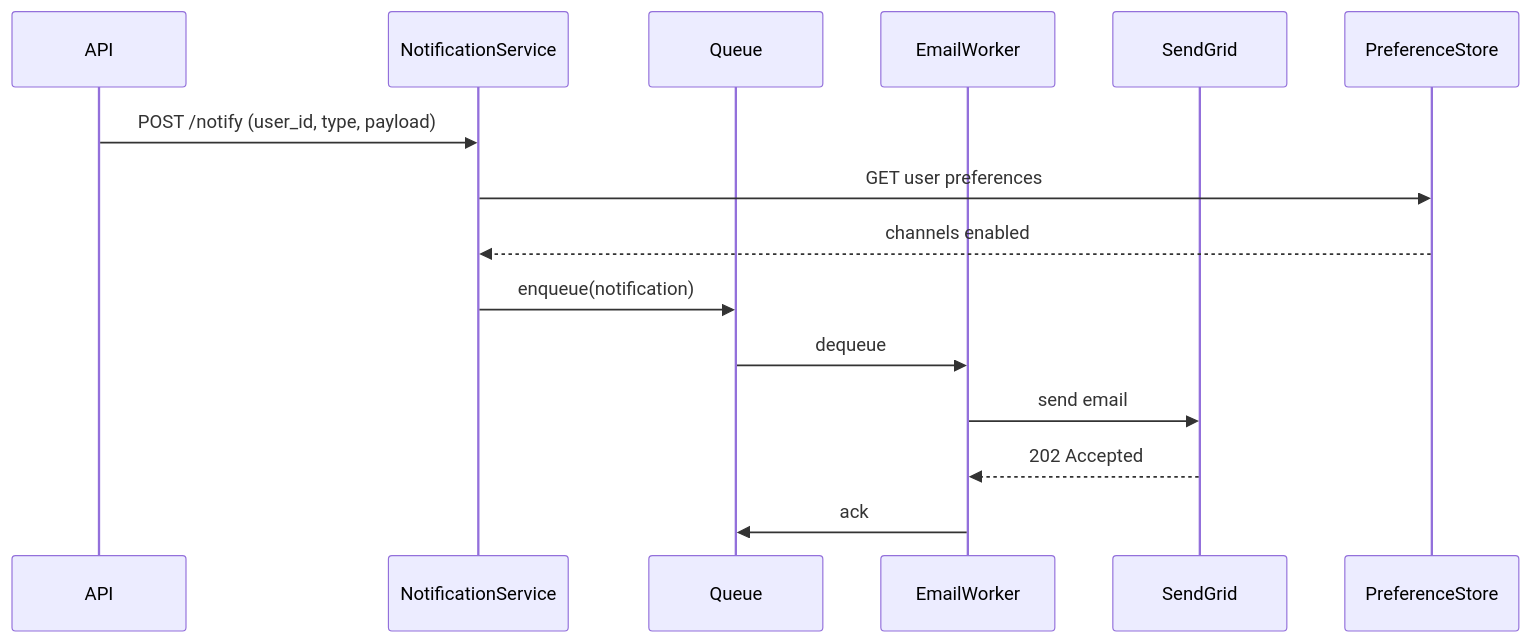
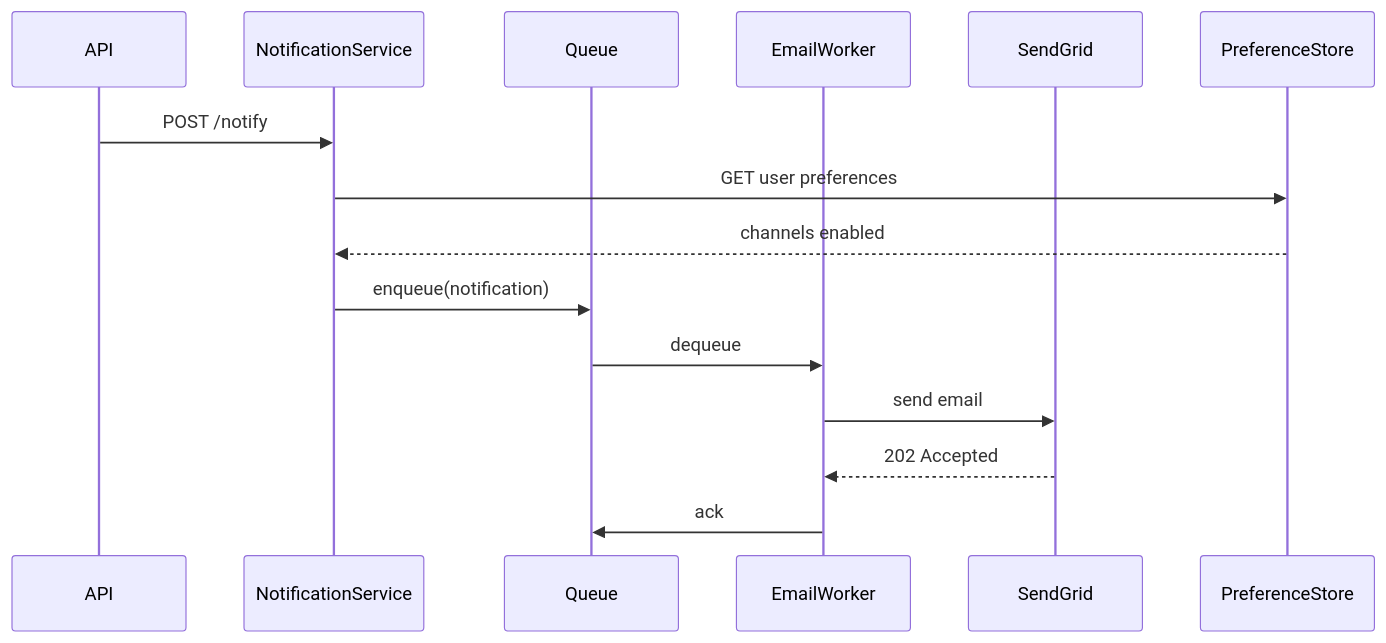
Before and after one commit to hpsgd/claude-marketplace: the second of 2 diagrams in examples/product/internal-docs-writer/skills/write-architecture-doc.md, drawn with Mermaid. The commit also changed other lines of this file and 134 other files, not shown here.

````diff
--- a/examples/product/internal-docs-writer/skills/write-architecture-doc.md
+++ b/examples/product/internal-docs-writer/skills/write-architecture-doc.md
@@ -50,17 +50,17 @@
 ```mermaid
 sequenceDiagram
     participant API
     participant NotificationService
     participant Queue
     participant EmailWorker
     participant SendGrid
 
-    API->>NotificationService: POST /notify (user_id, type, payload)
+    API->>NotificationService: POST /notify
     NotificationService->>PreferenceStore: GET user preferences
     PreferenceStore-->>NotificationService: channels enabled
     NotificationService->>Queue: enqueue(notification)
     Queue->>EmailWorker: dequeue
     EmailWorker->>SendGrid: send email
     SendGrid-->>EmailWorker: 202 Accepted
     EmailWorker->>Queue: ack
 ```
````
